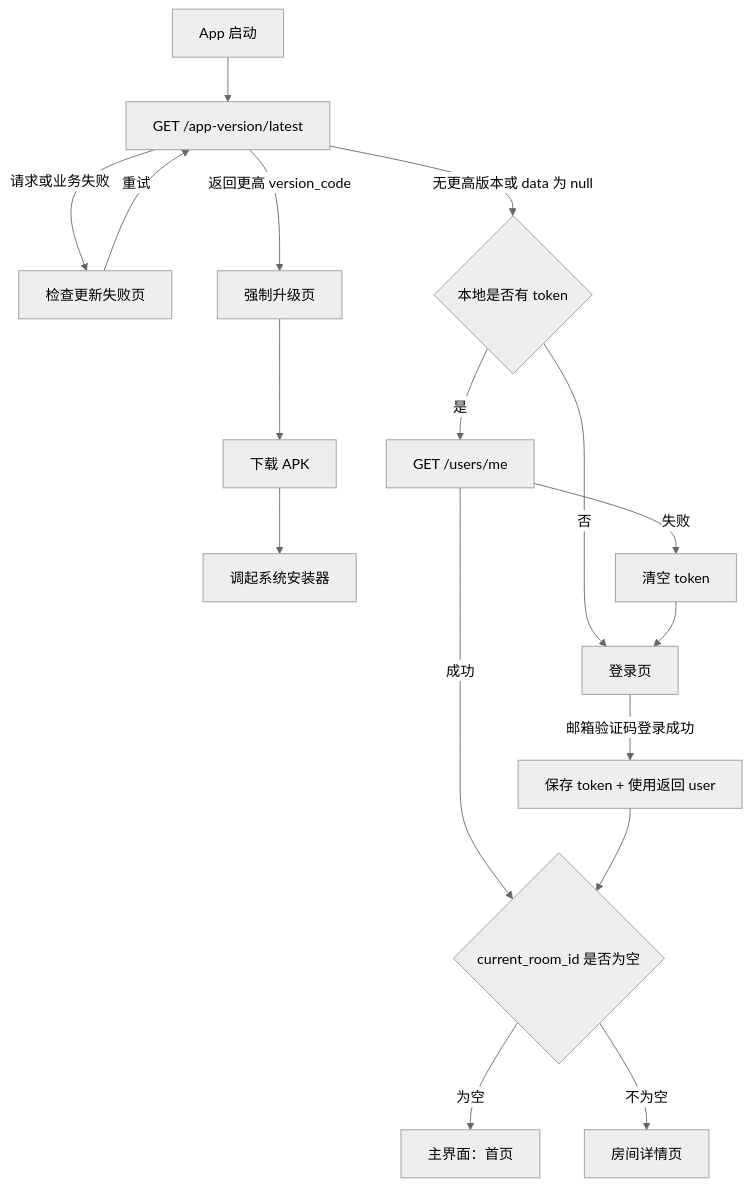
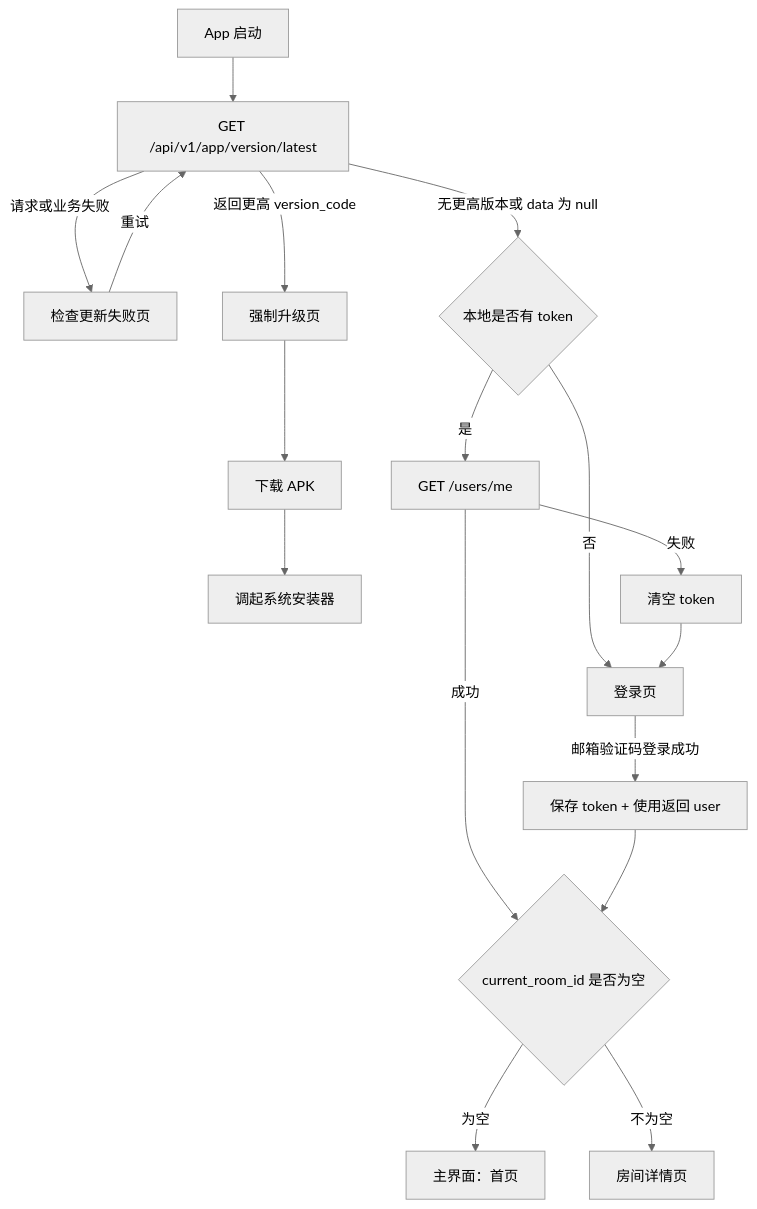
One commit to DancingCodes/room-app changed the first of 8 diagrams in docs/客户端逻辑设计.md. Above: the diagram before and after it, drawn with Mermaid (neutral theme). The commit also changed 1 other file, not shown here.

````diff
--- a/docs/客户端逻辑设计.md
+++ b/docs/客户端逻辑设计.md
@@ -5,20 +5,20 @@
 ```mermaid
 flowchart TD
-    A[App 启动] --> B[GET /app-version/latest]
+    A[App 启动] --> B[GET /api/v1/app/version/latest]
     B -- 请求或业务失败 --> C[检查更新失败页]
     C -- 重试 --> B
     B -- 返回更高 version_code --> D[强制升级页]
     D --> E[下载 APK]
     E --> F[调起系统安装器]
     B -- 无更高版本或 data 为 null --> G{本地是否有 token}
     G -- 否 --> H[登录页]
     G -- 是 --> I[GET /users/me]
     I -- 失败 --> J[清空 token]
     J --> H
     I -- 成功 --> K{current_room_id 是否为空}
     K -- 为空 --> L[主界面：首页]
     K -- 不为空 --> M[房间详情页]
 
     H -- 邮箱验证码登录成功 --> N[保存 token + 使用返回 user]
     N --> K
 ```
````
